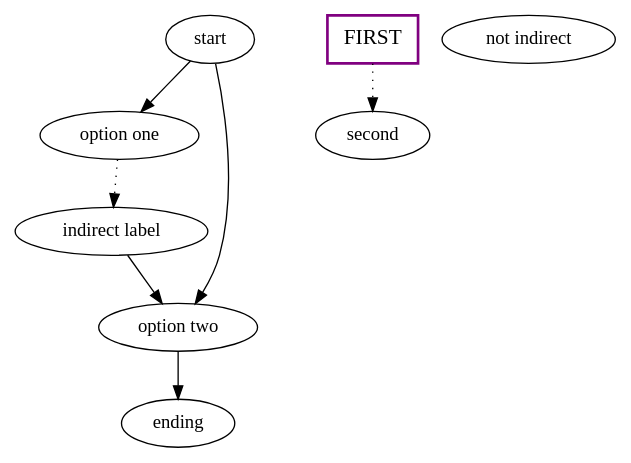
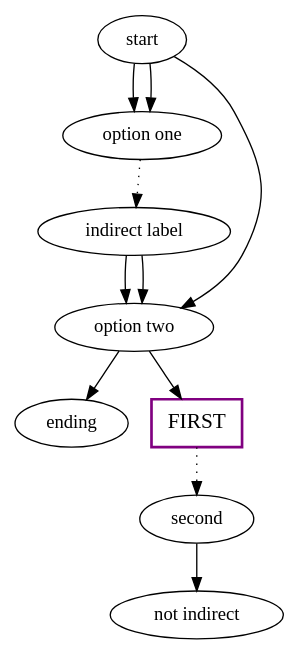
Before and after one commit to EwenQuim/renpy-graphviz: the diagram in testCases/tagsInGame/renpy-graphviz.dot, drawn with Graphviz. The commit also changed 23 other files, not shown here.

```diff
--- a/testCases/tagsInGame/renpy-graphviz.dot
+++ b/testCases/tagsInGame/renpy-graphviz.dot
@@ -1,18 +1,22 @@
 digraph  {
 	
 	n5[label="ending"];
 	n6[color="purple",fontsize="16",label="FIRST",shape="rectangle",style="bold"];
 	n4[label="indirect label"];
 	n8[label="not indirect"];
 	n2[label="option one"];
 	n3[label="option two"];
 	n7[label="second"];
 	n1[label="start"];
 	n6->n7[label="",style="dotted"];
 	n4->n3[label=""];
+	n4->n3[label=""];
 	n2->n4[label="",style="dotted"];
 	n3->n5[label=""];
+	n3->n6[label=""];
+	n7->n8[label=""];
 	n1->n2[label=""];
 	n1->n3[label=""];
+	n1->n2[label=""];
 	
 }
```
